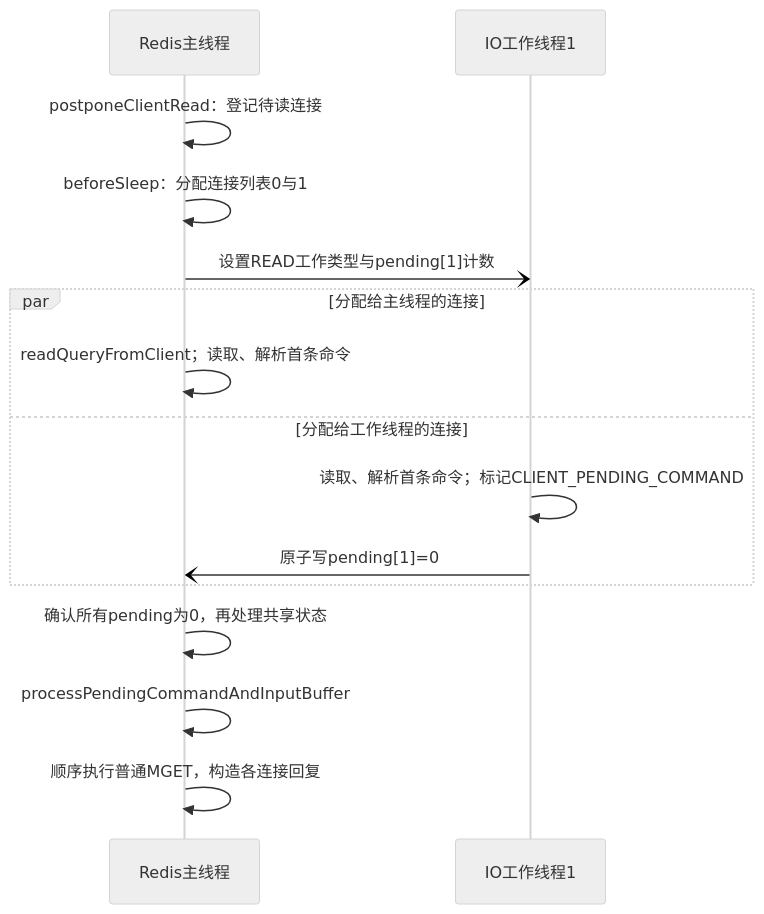
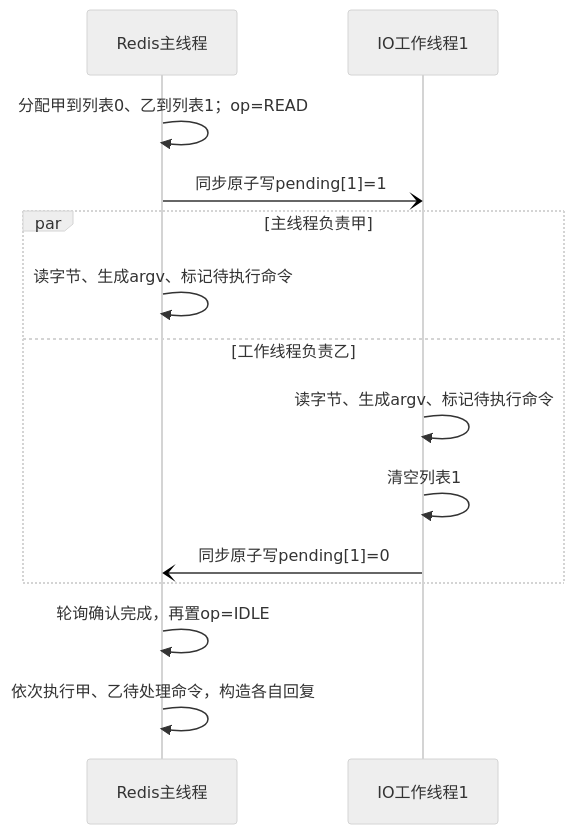
One commit to bitianyuan123/docs changed the third of 3 diagrams in 11_redis_workload.md. Above: the diagram before and after it, drawn with Mermaid (neutral theme). The commit also changed other lines of this file and 149 other files, not shown here.

````diff
--- a/11_redis_workload.md
+++ b/11_redis_workload.md
@@ -224,17 +444,16 @@
 ```mermaid
 sequenceDiagram
     participant M as Redis主线程
     participant W as IO工作线程1
-    M->>M: postponeClientRead：登记待读连接
-    M->>M: beforeSleep：分配连接列表0与1
-    M-)W: 设置READ工作类型与pending[1]计数
-    par 分配给主线程的连接
-        M->>M: readQueryFromClient；读取、解析首条命令
-    and 分配给工作线程的连接
-        W->>W: 读取、解析首条命令；标记CLIENT_PENDING_COMMAND
-        W-)M: 原子写pending[1]=0
+    M->>M: 分配甲到列表0、乙到列表1；op=READ
+    M-)W: 同步原子写pending[1]=1
+    par 主线程负责甲
+        M->>M: 读字节、生成argv、标记待执行命令
+    and 工作线程负责乙
+        W->>W: 读字节、生成argv、标记待执行命令
+        W->>W: 清空列表1
+        W-)M: 同步原子写pending[1]=0
     end
-    M->>M: 确认所有pending为0，再处理共享状态
-    M->>M: processPendingCommandAndInputBuffer
-    M->>M: 顺序执行普通MGET，构造各连接回复
+    M->>M: 轮询确认完成，再置op=IDLE
+    M->>M: 依次执行甲、乙待处理命令，构造各自回复
 ```
````
